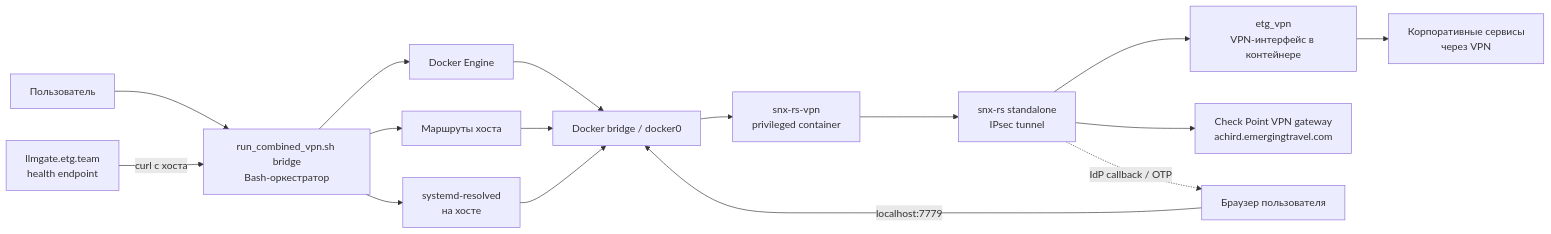
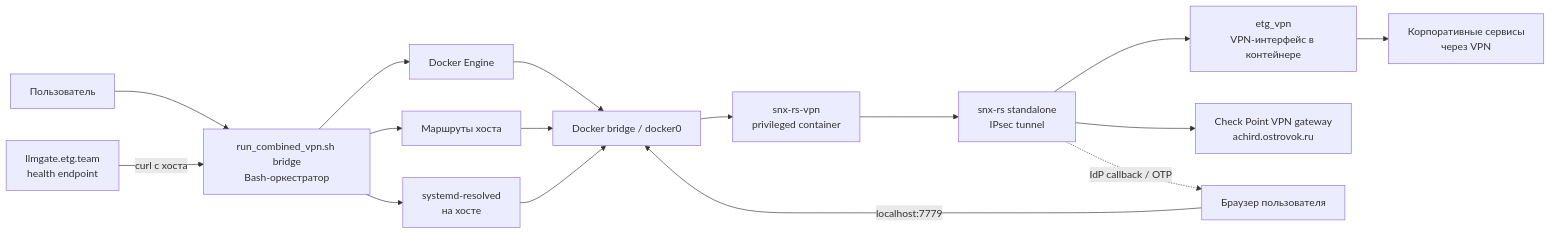
The first of 7 diagrams in bridge.md (kfreiman/snx-rs), drawn with Mermaid before and after one commit. The commit also changed other lines of this file and 3 other files, not shown here.

Commit message:
Update Check Point VPN gateway domain to achird.ostrovok.ru

````diff
--- a/bridge.md
+++ b/bridge.md
@@ -30,32 +30,32 @@
 ```mermaid
 flowchart LR
     User[Пользователь]
     Script[run_combined_vpn.sh bridge\nBash-оркестратор]
     Docker[Docker Engine]
     Bridge[Docker bridge / docker0]
     Container[snx-rs-vpn\nprivileged container]
     Snx[snx-rs standalone\nIPsec tunnel]
     Tun[etg_vpn\nVPN-интерфейс в контейнере]
-    Gateway[Check Point VPN gateway\nachird.emergingtravel.com]
+    Gateway[Check Point VPN gateway\nachird.ostrovok.ru]
     Corp[Корпоративные сервисы\nчерез VPN]
     Resolved[systemd-resolved\nна хосте]
     HostRoutes[Маршруты хоста]
     Browser[Браузер пользователя]
     Health[llmgate.etg.team\nhealth endpoint]
 
     User --> Script
     Script --> Docker
     Script --> HostRoutes
     Script --> Resolved
     Docker --> Bridge
     Bridge --> Container
     Container --> Snx
     Snx --> Tun
     Snx --> Gateway
     Tun --> Corp
     Browser -->|localhost:7779| Bridge
     Snx -.->|IdP callback / OTP| Browser
     Health -->|curl с хоста| Script
     HostRoutes --> Bridge
     Resolved --> Bridge
 ```
````
